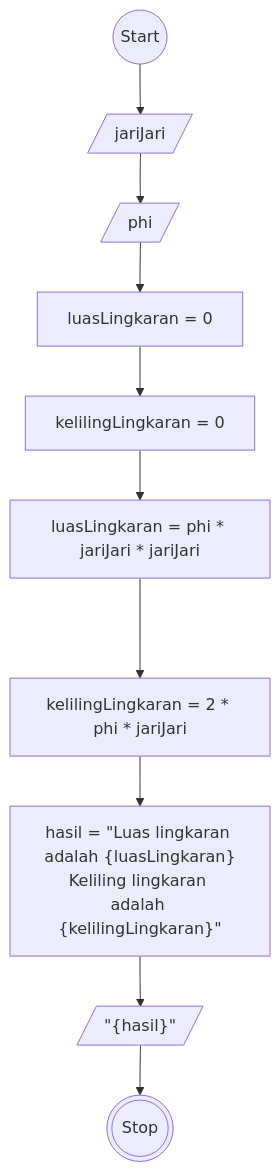
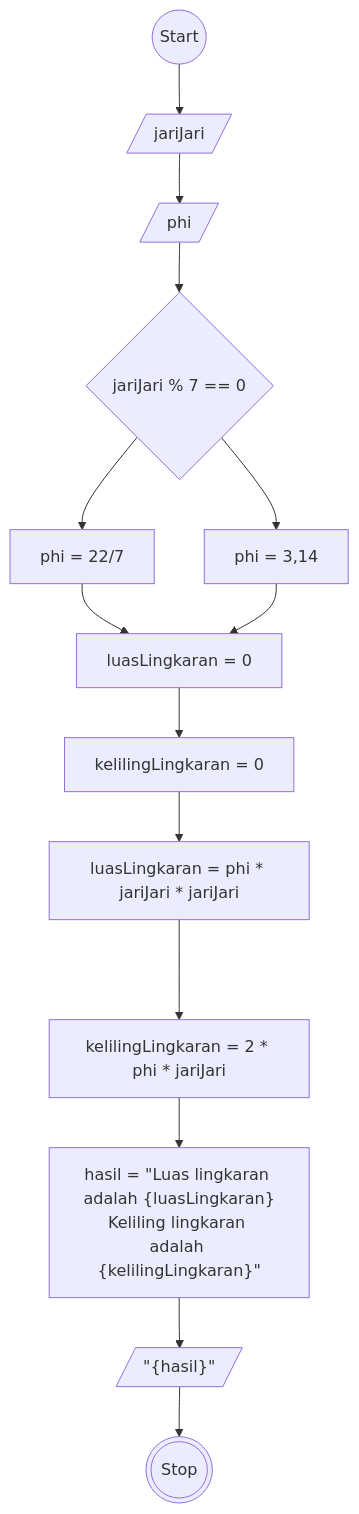
One commit to almarufh/Koda-B8-JavaScript1 changed the diagram in readme.md. Above: the diagram before and after it, drawn with Mermaid. The commit also changed 1 other file, not shown here.

````diff
--- a/readme.md
+++ b/readme.md
@@ -5,21 +5,27 @@
 ```mermaid
 flowchart TD
 A@{ shape: circle, label: Start }
 B@{ shape: lean-r, label: jariJari}
 C@{ shape: lean-r, label: phi }
 D@{ shape: rect, label: "luasLingkaran = 0" }
 E@{ shape: rect, label: "kelilingLingkaran = 0" }
 F@{ shape: rect, label: "luasLingkaran = phi * jariJari * jariJari" }
 G@{ shape: rect, label: "kelilingLingkaran = 2 * phi * jariJari" }
 
 H@{ shape: rect, label: 'hasil = "Luas lingkaran adalah {luasLingkaran}
 
 Keliling lingkaran adalah {kelilingLingkaran}"' }
 
 I@{ shape: lean-r, label: '"{hasil}"' }
 J@{ shape: dbl-circ, label: Stop }
+K@{ shape: diamond, label: "jariJari % 7 == 0" }
+L@{ shape: rect, label: "phi = 22/7"}
+M@{ shape: rect, label: "phi = 3,14"}
 
 
-A --> B --> C --> D --> E --> F ---> G --> H --> I --> J
+A --> B --> C 
+C --> K --> L --> D
+K --> M
+M --> D --> E --> F ---> G --> H --> I --> J
 
 ```
````
